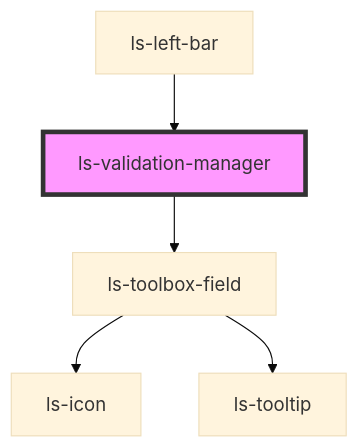
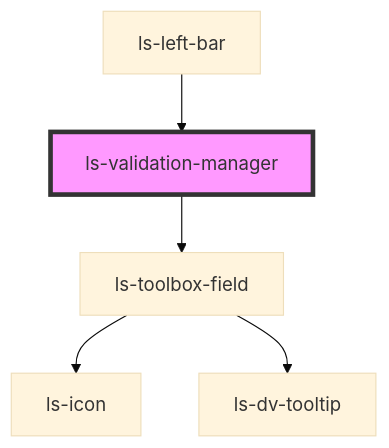
One commit to legalesign/ls-document-viewer changed the diagram in src/components/ls-validation-manager/readme.md. Above: the diagram before and after it, drawn with Mermaid (base theme). The commit also changed 72 other files, not shown here.

````diff
--- a/src/components/ls-validation-manager/readme.md
+++ b/src/components/ls-validation-manager/readme.md
@@ -26,8 +26,8 @@
 ```mermaid
 graph TD;
   ls-validation-manager --> ls-toolbox-field
   ls-toolbox-field --> ls-icon
-  ls-toolbox-field --> ls-tooltip
+  ls-toolbox-field --> ls-dv-tooltip
   ls-left-bar --> ls-validation-manager
   style ls-validation-manager fill:#f9f,stroke:#333,stroke-width:4px
 ```
````
